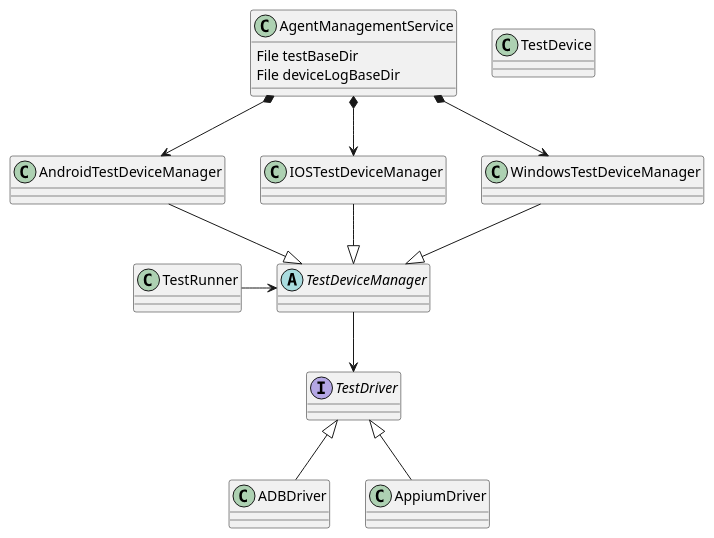
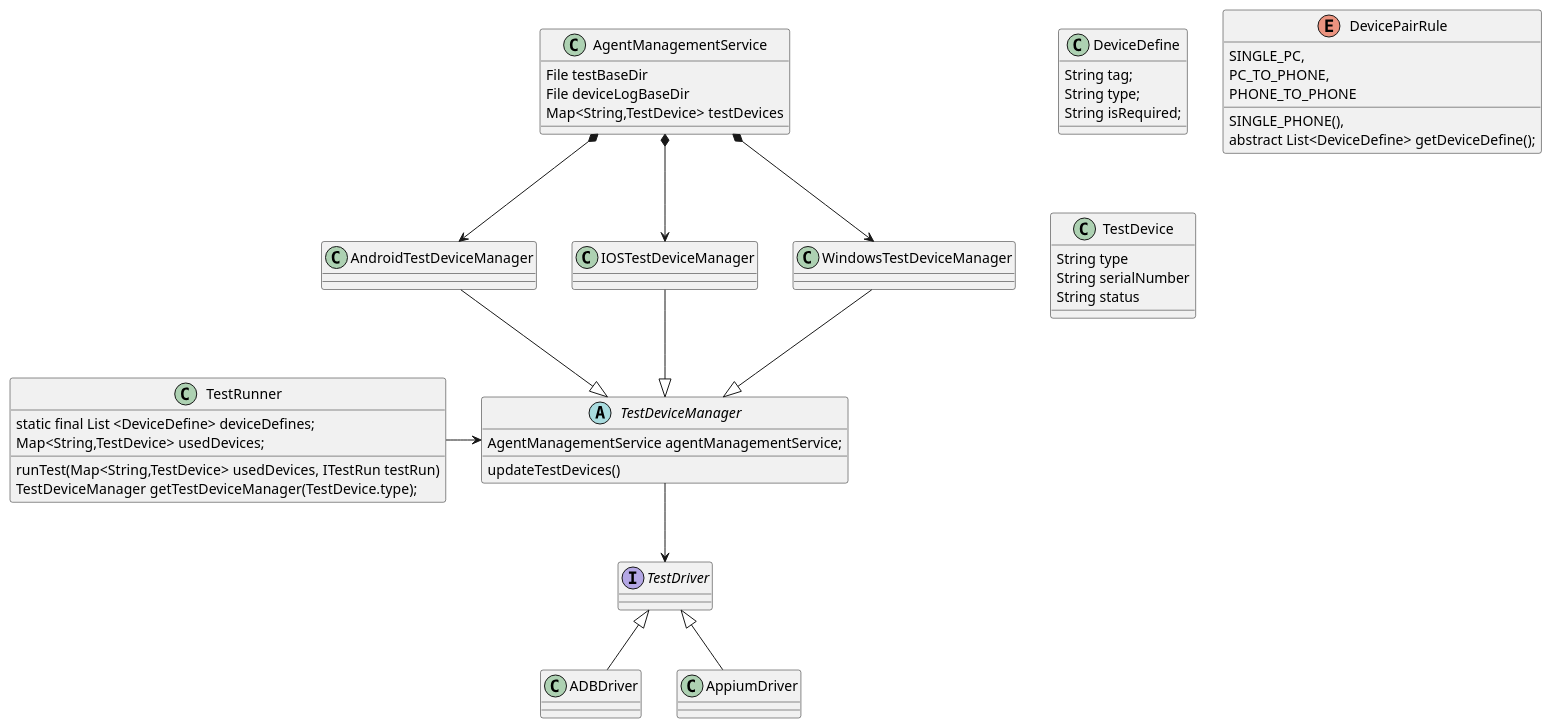
One commit to microsoft/HydraLab changed the diagram in agent/doc/UML/agent_device_management_design.puml. Above: the diagram before and after it, drawn with PlantUML. The commit also changed 3 other files, not shown here.

```diff
--- a/agent/doc/UML/agent_device_management_design.puml
+++ b/agent/doc/UML/agent_device_management_design.puml
@@ -1,30 +1,58 @@
 @startuml
 'https://plantuml.com/class-diagram
+class DeviceDefine{
+    String tag;
+    String type;
+    String isRequired;
+}
 
+enum DevicePairRule{
+    SINGLE_PHONE(),
+    SINGLE_PC,
+    PC_TO_PHONE,
+    PHONE_TO_PHONE
+
+    abstract List<DeviceDefine> getDeviceDefine();
+}
 class AgentManagementService {
     File testBaseDir
     File deviceLogBaseDir
+    Map<String,TestDevice> testDevices
 }
-class TestDevice
-abstract class TestDeviceManager
+class TestDevice{
+    String type
+    String serialNumber
+    String status
+}
+abstract class TestDeviceManager{
+    AgentManagementService agentManagementService;
+    updateTestDevices()
+}
 class AndroidTestDeviceManager
 class IOSTestDeviceManager
 class WindowsTestDeviceManager
 
 interface TestDriver
 
 AndroidTestDeviceManager --|> TestDeviceManager
 IOSTestDeviceManager --|> TestDeviceManager
 WindowsTestDeviceManager --|> TestDeviceManager
 
 AgentManagementService *--> AndroidTestDeviceManager
 AgentManagementService *--> IOSTestDeviceManager
 AgentManagementService *--> WindowsTestDeviceManager
 
 TestDeviceManager --> TestDriver
 
 ADBDriver -u-|> TestDriver
 AppiumDriver -u-|> TestDriver
 
+class TestRunner{
+    static final List <DeviceDefine> deviceDefines;
+    Map<String,TestDevice> usedDevices;
+    runTest(Map<String,TestDevice> usedDevices, ITestRun testRun)
+    TestDeviceManager getTestDeviceManager(TestDevice.type);
+}
+
 TestRunner -r-> TestDeviceManager
 @enduml
```
